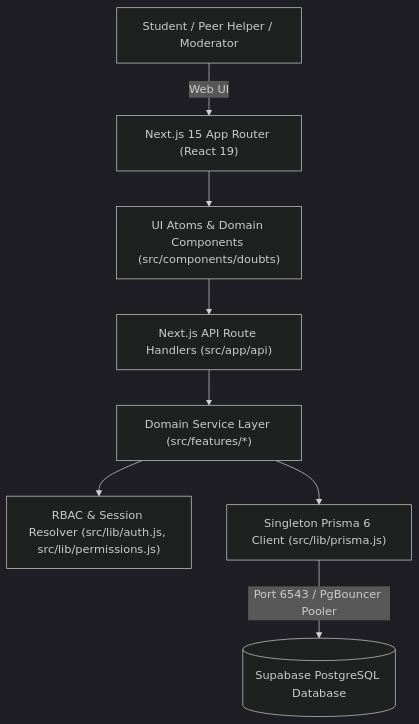
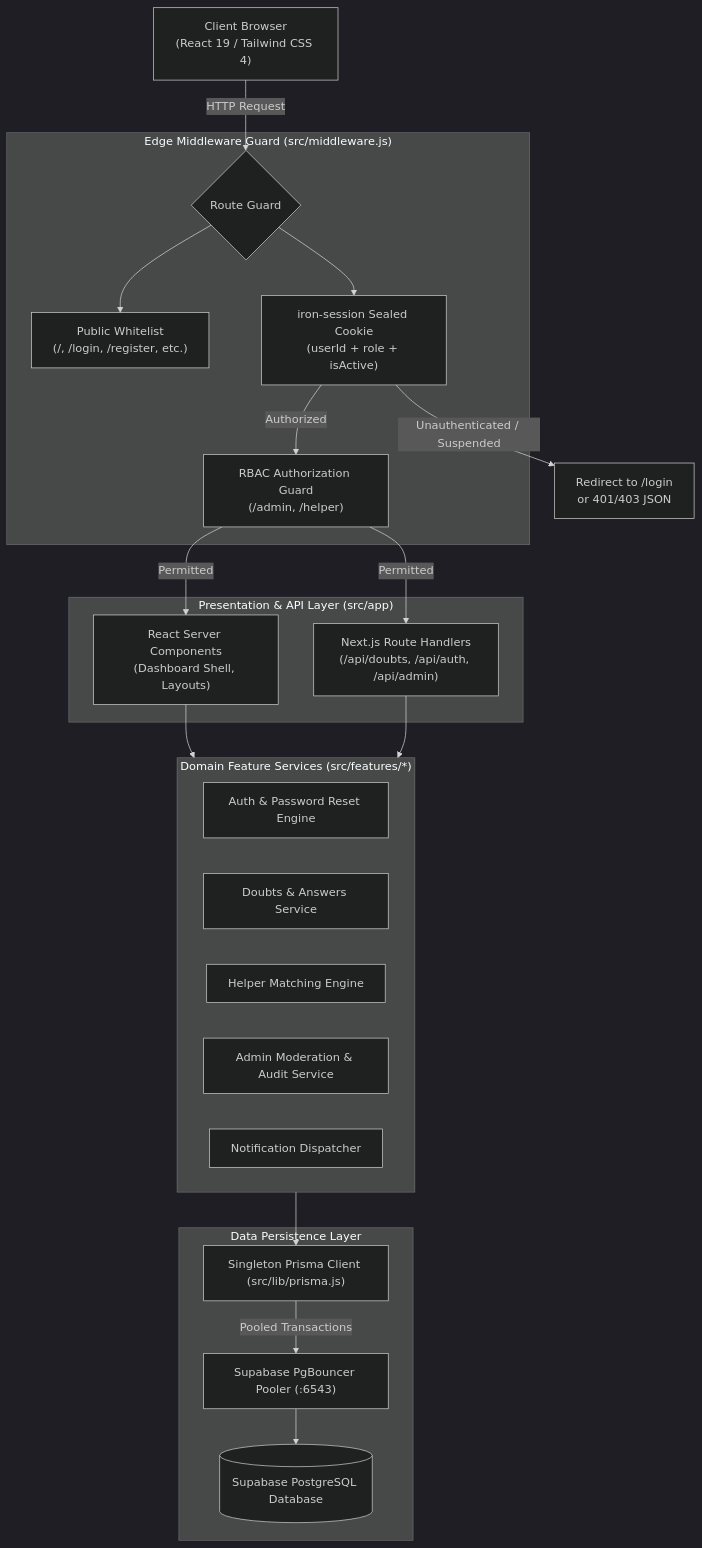
The first of 3 diagrams in README.md (keshav62/DoubtBridge-Peer-to-Peer-Academic-Doubt-Resolution-Platform), drawn with Mermaid (dark theme) before and after one commit. The commit also changed other lines of this file and 1 other file, not shown here.

Commit message:
docs: create professional GitHub README with animated hero, architecture diagrams, and screenshot catalog

````diff
--- a/README.md
+++ b/README.md
@@ -46,10 +195,44 @@
 ```mermaid
 flowchart TD
-    User["Student / Peer Helper / Moderator"] -->|Web UI| App["Next.js 15 App Router (React 19)"]
-    App --> Components["UI Atoms & Domain Components (src/components/doubts)"]
-    Components --> Handlers["Next.js API Route Handlers (src/app/api)"]
-    Handlers --> Services["Domain Service Layer (src/features/*)"]
-    Services --> RBAC["RBAC & Session Resolver (src/lib/auth.js, src/lib/permissions.js)"]
-    Services --> Prisma["Singleton Prisma 6 Client (src/lib/prisma.js)"]
-    Prisma -->|Port 6543 / PgBouncer Pooler| Supabase[("Supabase PostgreSQL Database")]
+    Client["Client Browser\n(React 19 / Tailwind CSS 4)"]
+
+    subgraph EdgeLayer ["Edge Middleware Guard (src/middleware.js)"]
+        MW{"Route Guard"}
+        PublicCheck["Public Whitelist\n(/, /login, /register, etc.)"]
+        AuthCheck["iron-session Sealed Cookie\n(userId + role + isActive)"]
+        RBACGuard["RBAC Authorization Guard\n(/admin, /helper)"]
+    end
+
+    subgraph AppRouter ["Presentation & API Layer (src/app)"]
+        RSC["React Server Components\n(Dashboard Shell, Layouts)"]
+        APIs["Next.js Route Handlers\n(/api/doubts, /api/auth, /api/admin)"]
+    end
+
+    subgraph ServiceLayer ["Domain Feature Services (src/features/*)"]
+        AuthSvc["Auth & Password Reset Engine"]
+        DoubtsSvc["Doubts & Answers Service"]
+        HelpersSvc["Helper Matching Engine"]
+        AdminSvc["Admin Moderation & Audit Service"]
+        NotifSvc["Notification Dispatcher"]
+    end
+
+    subgraph DatabaseLayer ["Data Persistence Layer"]
+        Prisma["Singleton Prisma Client (src/lib/prisma.js)"]
+        PgBouncer["Supabase PgBouncer Pooler (:6543)"]
+        PostgreSQL[("Supabase PostgreSQL Database")]
+    end
+
+    Client -->|HTTP Request| MW
+    MW --> PublicCheck
+    MW --> AuthCheck
+    AuthCheck -->|Authorized| RBACGuard
+    RBACGuard -->|Permitted| RSC
+    RBACGuard -->|Permitted| APIs
+    AuthCheck -->|Unauthenticated / Suspended| Redirect["Redirect to /login\nor 401/403 JSON"]
+
+    RSC --> ServiceLayer
+    APIs --> ServiceLayer
+    ServiceLayer --> Prisma
+    Prisma -->|Pooled Transactions| PgBouncer
+    PgBouncer --> PostgreSQL
 ```
````
